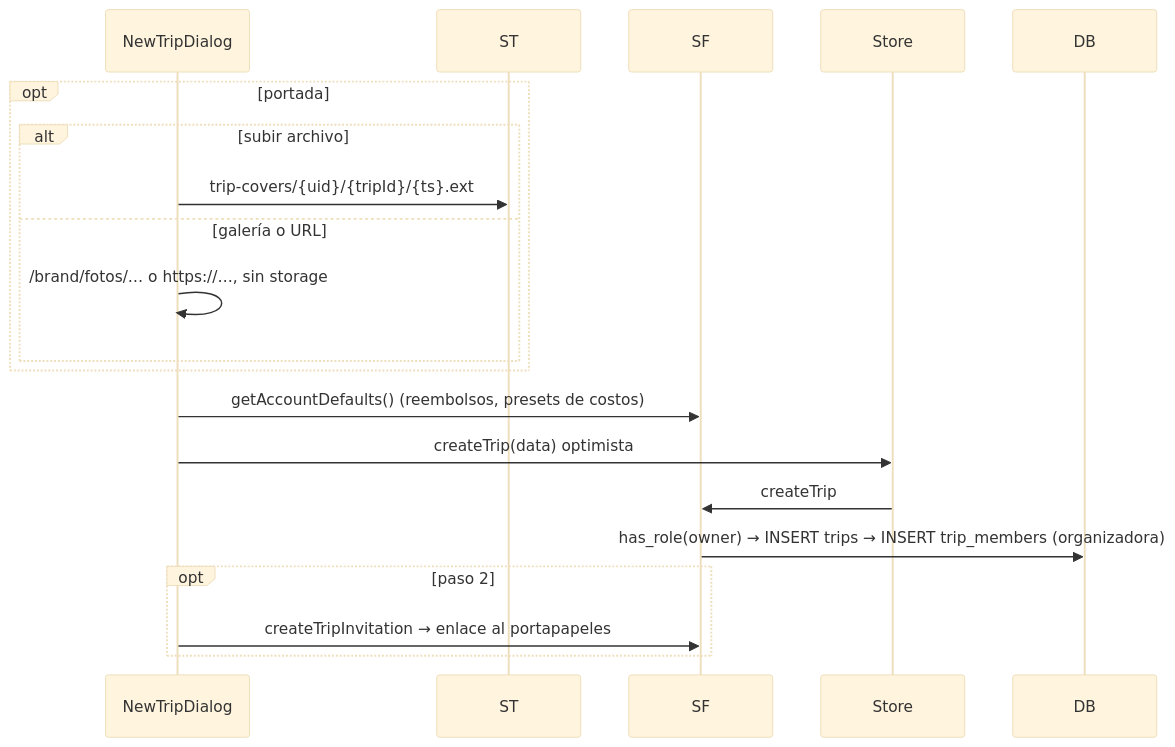
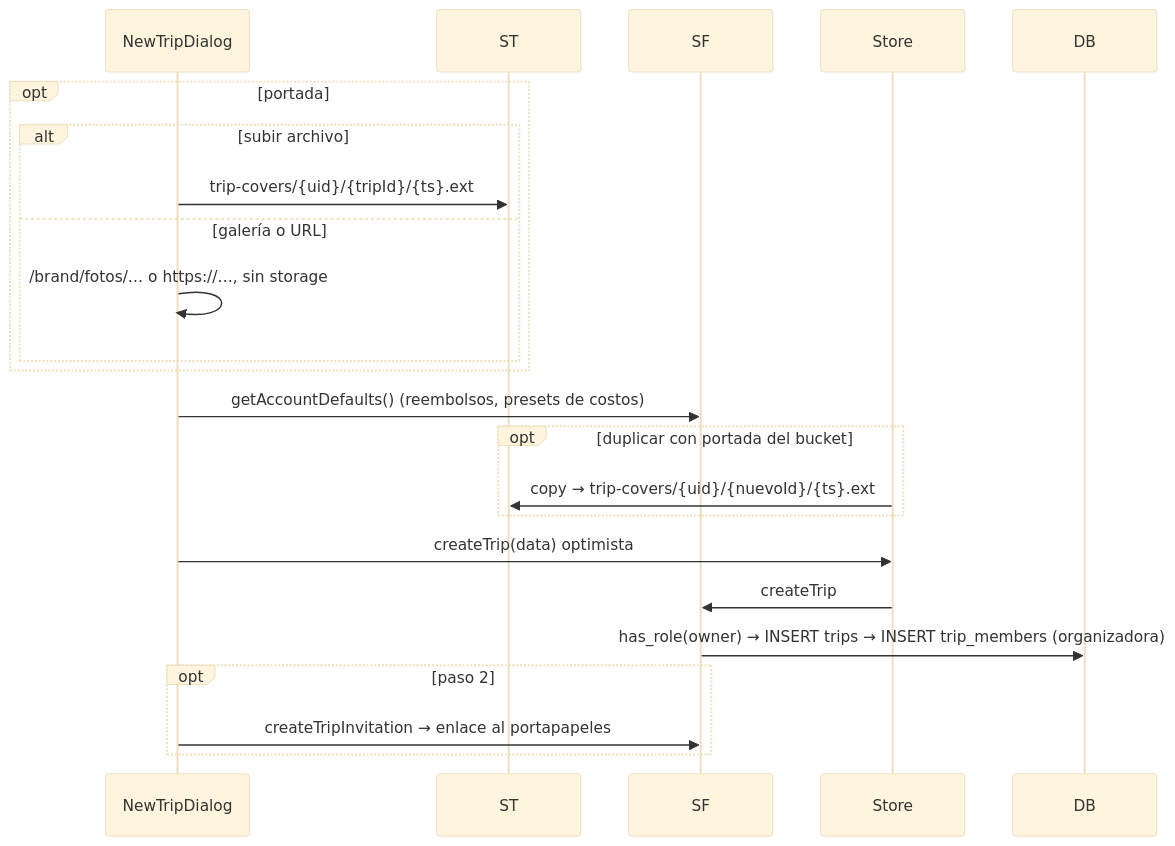
One commit to gaby26203/planeii changed the sixth of 20 diagrams in docs/flujos.md. Above: the diagram before and after it, drawn with Mermaid (base theme). The commit also changed other lines of this file and 6 other files, not shown here.

First line of the commit message:
Copiar la portada al duplicar un viaje

````diff
--- a/docs/flujos.md
+++ b/docs/flujos.md
@@ -179,22 +179,25 @@
 ```mermaid
 sequenceDiagram
   participant UI as NewTripDialog
   participant ST
   participant SF
   participant S as Store
   participant DB
   opt portada
     alt subir archivo
       UI->>ST: trip-covers/{uid}/{tripId}/{ts}.ext
     else galería o URL
       UI->>UI: /brand/fotos/… o https://…, sin storage
     end
   end
   UI->>SF: getAccountDefaults() (reembolsos, presets de costos)
+  opt duplicar con portada del bucket
+    S->>ST: copy → trip-covers/{uid}/{nuevoId}/{ts}.ext
+  end
   UI->>S: createTrip(data) optimista
   S->>SF: createTrip
   SF->>DB: has_role(owner) → INSERT trips → INSERT trip_members (organizadora)
   opt paso 2
     UI->>SF: createTripInvitation → enlace al portapapeles
   end
 ```
````
